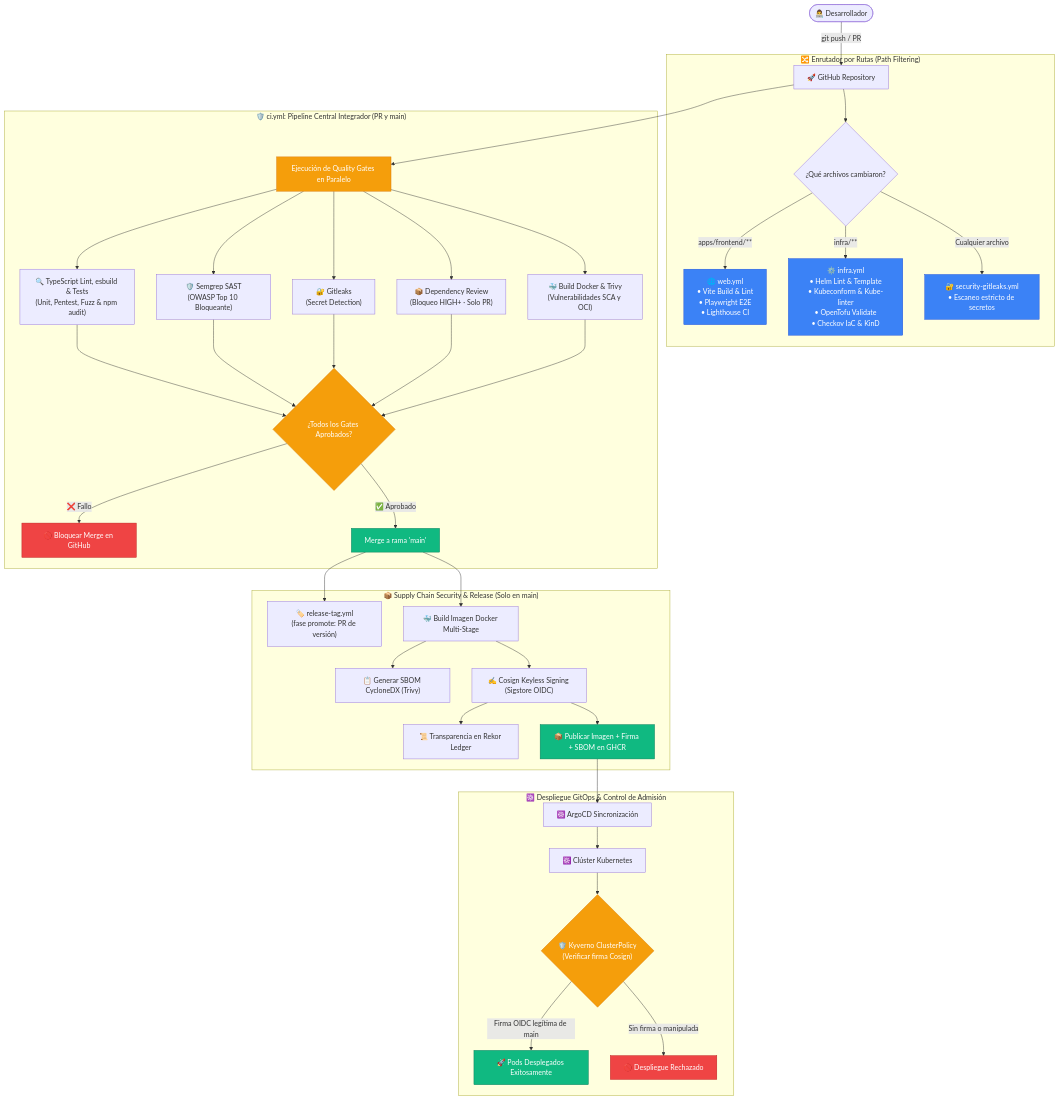
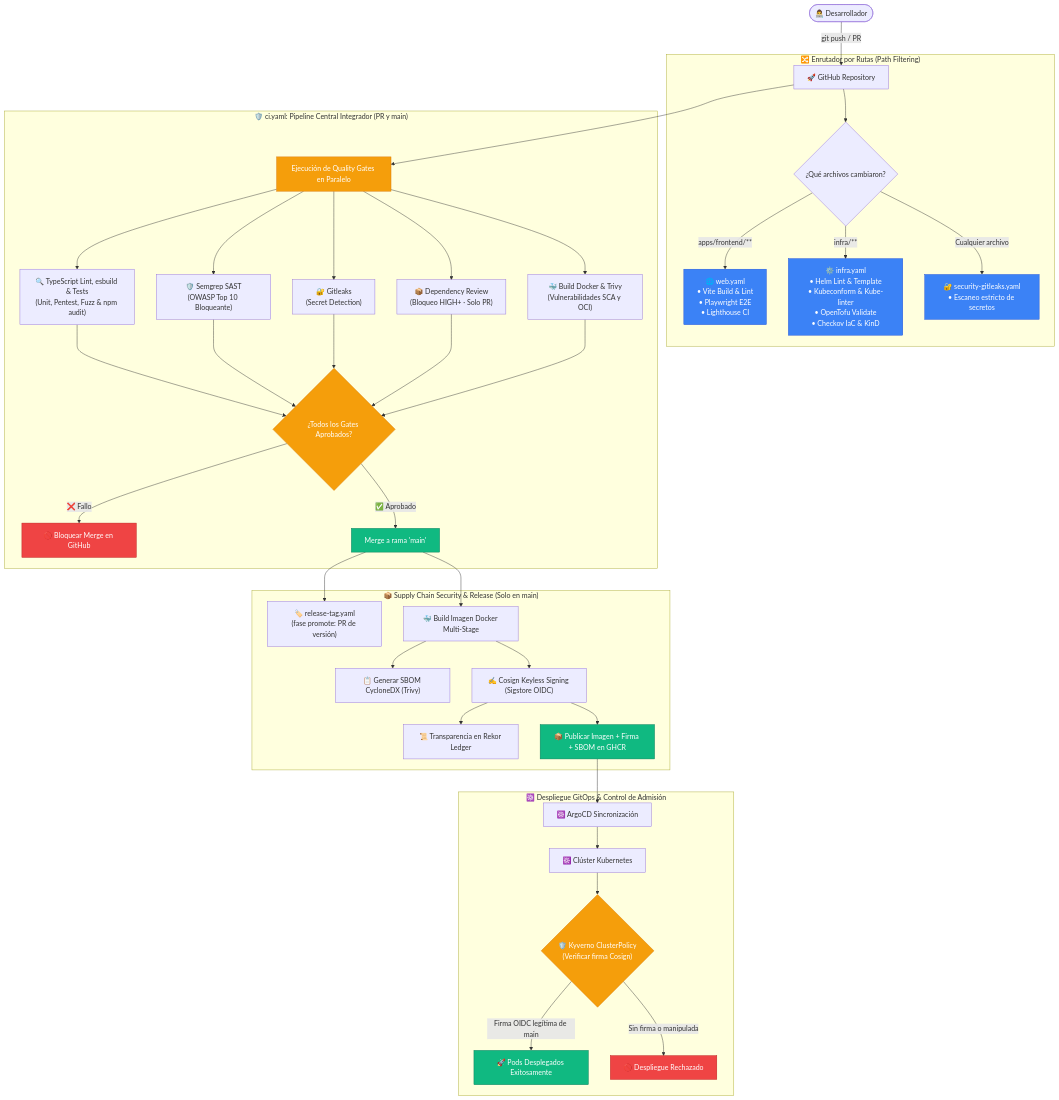
The diagram in docs/devops/GITHUB_WORKFLOWS_GUIDE.md (rocapellino/pokedex), drawn with Mermaid before and after one commit. The commit also changed other lines of this file and 24 other files, not shown here.

````diff
--- a/docs/devops/GITHUB_WORKFLOWS_GUIDE.md
+++ b/docs/devops/GITHUB_WORKFLOWS_GUIDE.md
@@ -41,51 +41,51 @@
 ```mermaid
 flowchart TD
     DEV(["👨‍💻 Desarrollador"]) -->|git push / PR| GH["🚀 GitHub Repository"]
 
     subgraph TRIGGER_ROUTER ["🔀 Enrutador por Rutas (Path Filtering)"]
         GH --> CHK_PATH{"¿Qué archivos cambiaron?"}
-        CHK_PATH -->|apps/frontend/**| WF_WEB["🌐 web.yml\n• Vite Build & Lint\n• Playwright E2E\n• Lighthouse CI"]
-        CHK_PATH -->|infra/**| WF_INFRA["⚙️ infra.yml\n• Helm Lint & Template\n• Kubeconform & Kube-linter\n• OpenTofu Validate\n• Checkov IaC & KinD"]
-        CHK_PATH -->|Cualquier archivo| WF_LEAKS["🔐 security-gitleaks.yml\n• Escaneo estricto de secretos"]
+        CHK_PATH -->|apps/frontend/**| WF_WEB["🌐 web.yaml\n• Vite Build & Lint\n• Playwright E2E\n• Lighthouse CI"]
+        CHK_PATH -->|infra/**| WF_INFRA["⚙️ infra.yaml\n• Helm Lint & Template\n• Kubeconform & Kube-linter\n• OpenTofu Validate\n• Checkov IaC & KinD"]
+        CHK_PATH -->|Cualquier archivo| WF_LEAKS["🔐 security-gitleaks.yaml\n• Escaneo estricto de secretos"]
     end
 
-    subgraph CI_PIPELINE ["🛡️ ci.yml: Pipeline Central Integrador (PR y main)"]
+    subgraph CI_PIPELINE ["🛡️ ci.yaml: Pipeline Central Integrador (PR y main)"]
         GH --> GATES_PARALLEL["Ejecución de Quality Gates en Paralelo"]
         GATES_PARALLEL --> QG1["🔍 TypeScript Lint, esbuild & Tests\n(Unit, Pentest, Fuzz & npm audit)"]
         GATES_PARALLEL --> QG2["🛡️ Semgrep SAST\n(OWASP Top 10 Bloqueante)"]
         GATES_PARALLEL --> QG3["🔐 Gitleaks\n(Secret Detection)"]
         GATES_PARALLEL --> QG4["📦 Dependency Review\n(Bloqueo HIGH+ · Solo PR)"]
         GATES_PARALLEL --> QG5["🐳 Build Docker & Trivy\n(Vulnerabilidades SCA y OCI)"]
 
         QG1 & QG2 & QG3 & QG4 & QG5 --> GATE_DECISION{"¿Todos los Gates Aprobados?"}
         GATE_DECISION -->|❌ Fallo| BLOCK_PR["🚫 Bloquear Merge en GitHub"]
         GATE_DECISION -->|✅ Aprobado| MERGE_MAIN["Merge a rama 'main'"]
     end
 
     subgraph SUPPLY_CHAIN ["📦 Supply Chain Security & Release (Solo en main)"]
-        MERGE_MAIN --> BUMP["🏷️ release-tag.yml<br/>(fase promote: PR de versión)"]
+        MERGE_MAIN --> BUMP["🏷️ release-tag.yaml<br/>(fase promote: PR de versión)"]
         MERGE_MAIN --> DOCKER_BUILD["🐳 Build Imagen Docker Multi-Stage"]
         DOCKER_BUILD --> SYFT_SBOM["📋 Generar SBOM CycloneDX (Trivy)"]
         DOCKER_BUILD --> COSIGN_SIGN["✍️ Cosign Keyless Signing (Sigstore OIDC)"]
         COSIGN_SIGN --> REKOR["📜 Transparencia en Rekor Ledger"]
         COSIGN_SIGN --> PUSH_GHCR["📦 Publicar Imagen + Firma + SBOM en GHCR"]
     end
 
     subgraph DEPLOYMENT ["☸️ Despliegue GitOps & Control de Admisión"]
         PUSH_GHCR --> ARGO["☸️ ArgoCD Sincronización"]
         ARGO --> K8S["☸️ Clúster Kubernetes"]
         K8S --> KYVERNO{"🛡️ Kyverno ClusterPolicy\n(Verificar firma Cosign)"}
         KYVERNO -->|Firma OIDC legítima de main| DEPLOY_OK["🚀 Pods Desplegados Exitosamente"]
         KYVERNO -->|Sin firma o manipulada| DEPLOY_FAIL["🚫 Despliegue Rechazado"]
     end
 
     classDef normal fill:#3b82f6,stroke:#1d4ed8,color:#fff;
     classDef gate fill:#f59e0b,stroke:#d97706,color:#fff;
     classDef success fill:#10b981,stroke:#047857,color:#fff;
     classDef error fill:#ef4444,stroke:#b91c1c,color:#fff;
 
     class WF_WEB,WF_INFRA,WF_LEAKS normal;
     class GATES_PARALLEL,GATE_DECISION,KYVERNO gate;
     class MERGE_MAIN,PUSH_GHCR,DEPLOY_OK success;
     class BLOCK_PR,DEPLOY_FAIL error;
 ```
````
